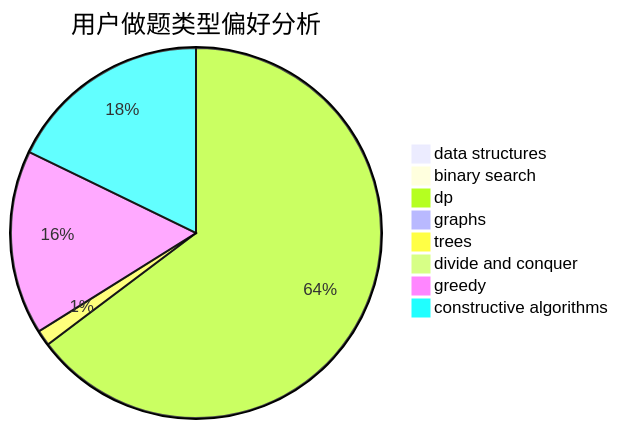
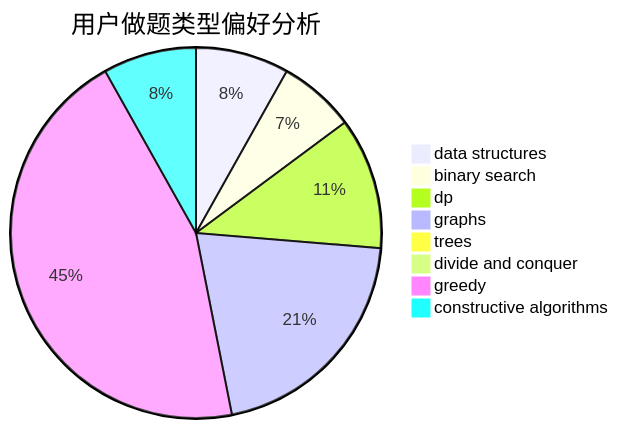
Before and after one commit to sherpahu/cfrs.github.io: the second of 3 diagrams in docs/user/u2342.md, drawn with Mermaid. The commit also changed other lines of this file and 2770 other files, not shown here.

````diff
--- a/docs/user/u2342.md
+++ b/docs/user/u2342.md
@@ -23,11 +23,11 @@
 ```mermaid
 pie title 用户做题类型偏好分析
-    "data structures" :  0
-    "binary search" :  1
-    "dp" :  189
-    "graphs" :  1
-    "trees" :  4
+    "data structures" :  17
+    "binary search" :  14
+    "dp" :  24
+    "graphs" :  43
+    "trees" :  0
     "divide and conquer" :  0
-    "greedy" :  47
-    "constructive algorithms" :  52
+    "greedy" :  94
+    "constructive algorithms" :  17
 ```
````
